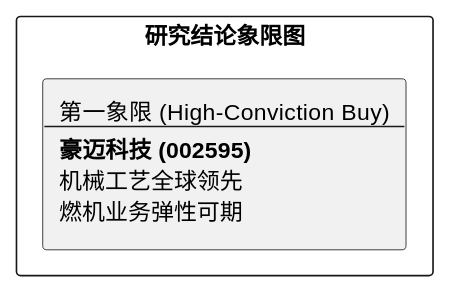
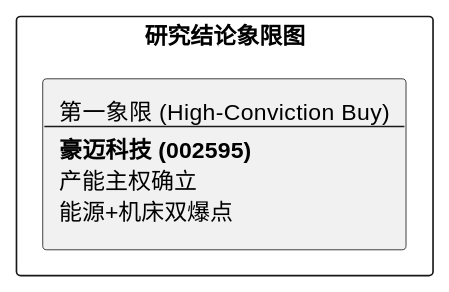
Before and after one commit to hrzzzrh/QuantPyLab: the diagram in investigation/equities/豪迈科技/reports/研报章节七：投资摘要与风险因素.md, drawn with PlantUML. The commit also changed other lines of this file and 99 other files, not shown here.

````diff
--- a/investigation/equities/豪迈科技/reports/研报章节七：投资摘要与风险因素.md
+++ b/investigation/equities/豪迈科技/reports/研报章节七：投资摘要与风险因素.md
@@ -25,7 +24,7 @@
 ```plantuml
 @startuml
 rectangle "研究结论象限图" {
-    rectangle "第一象限 (High-Conviction Buy)\n--\n**豪迈科技 (002595)**\n机械工艺全球领先\n燃机业务弹性可期" as Q1
+    rectangle "第一象限 (High-Conviction Buy)\n--\n**豪迈科技 (002595)**\n产能主权确立\n能源+机床双爆点" as Q1
 }
 @enduml
 ```
````
